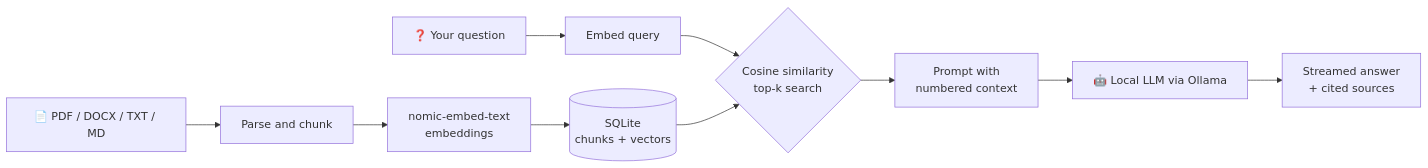
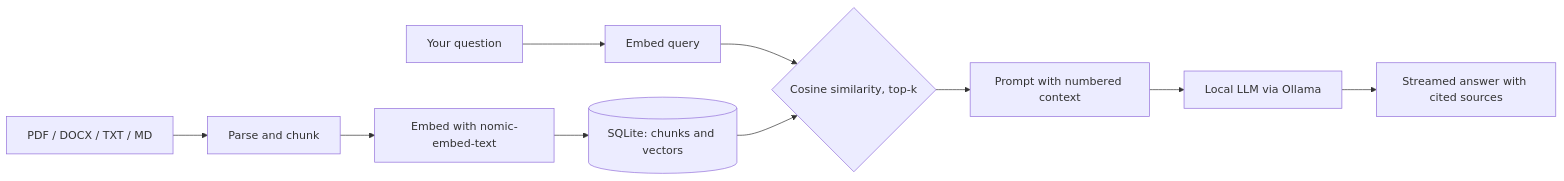
Before and after one commit to chiruu-git/ragDoc: the diagram in README.md, drawn with Mermaid. The commit also changed other lines of this file, not shown here.

````diff
--- a/README.md
+++ b/README.md
@@ -57,12 +109,12 @@
 ```mermaid
 flowchart LR
-    A[📄 PDF / DOCX / TXT / MD] --> B[Parse and chunk]
-    B --> C[nomic-embed-text<br/>embeddings]
-    C --> D[(SQLite<br/>chunks + vectors)]
-    Q[❓ Your question] --> E[Embed query]
-    E --> F{Cosine similarity<br/>top-k search}
+    A[PDF / DOCX / TXT / MD] --> B[Parse and chunk]
+    B --> C[Embed with nomic-embed-text]
+    C --> D[(SQLite: chunks and vectors)]
+    Q[Your question] --> E[Embed query]
+    E --> F{Cosine similarity, top-k}
     D --> F
-    F --> G[Prompt with<br/>numbered context]
-    G --> H[🤖 Local LLM via Ollama]
-    H --> I[Streamed answer<br/>+ cited sources]
+    F --> G[Prompt with numbered context]
+    G --> H[Local LLM via Ollama]
+    H --> I[Streamed answer with cited sources]
 ```
````
